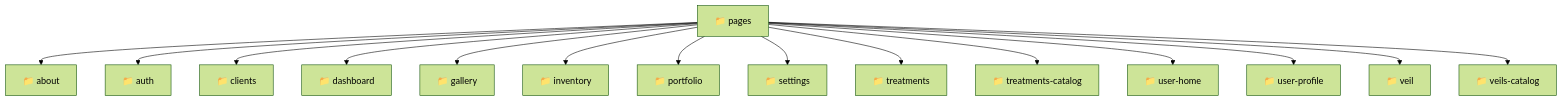
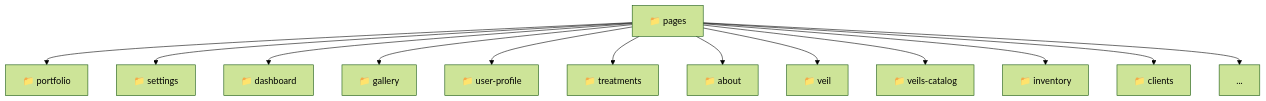
Before and after one commit to beginwebdev2002/fullstack-mavluda: the diagram in frontend/src/pages/README.md, drawn with Mermaid (forest theme). The commit also changed other lines of this file and 157 other files, not shown here.

````diff
--- a/frontend/src/pages/README.md
+++ b/frontend/src/pages/README.md
@@ -11,18 +11,16 @@
 ```mermaid
 graph TD
-  Root["📁 pages"]
-  Root --> about["📁 about"]
-  Root --> auth["📁 auth"]
-  Root --> clients["📁 clients"]
-  Root --> dashboard["📁 dashboard"]
-  Root --> gallery["📁 gallery"]
-  Root --> inventory["📁 inventory"]
-  Root --> portfolio["📁 portfolio"]
-  Root --> settings["📁 settings"]
-  Root --> treatments["📁 treatments"]
-  Root --> treatments-catalog["📁 treatments-catalog"]
-  Root --> user-home["📁 user-home"]
-  Root --> user-profile["📁 user-profile"]
-  Root --> veil["📁 veil"]
-  Root --> veils-catalog["📁 veils-catalog"]
+  pages["📁 pages"]
+  pages --> portfolio["📁 portfolio"]
+  pages --> settings["📁 settings"]
+  pages --> dashboard["📁 dashboard"]
+  pages --> gallery["📁 gallery"]
+  pages --> user_profile["📁 user-profile"]
+  pages --> treatments["📁 treatments"]
+  pages --> about["📁 about"]
+  pages --> veil["📁 veil"]
+  pages --> veils_catalog["📁 veils-catalog"]
+  pages --> inventory["📁 inventory"]
+  pages --> clients["📁 clients"]
+  pages --> more_dirs["..."]
 ```
````
